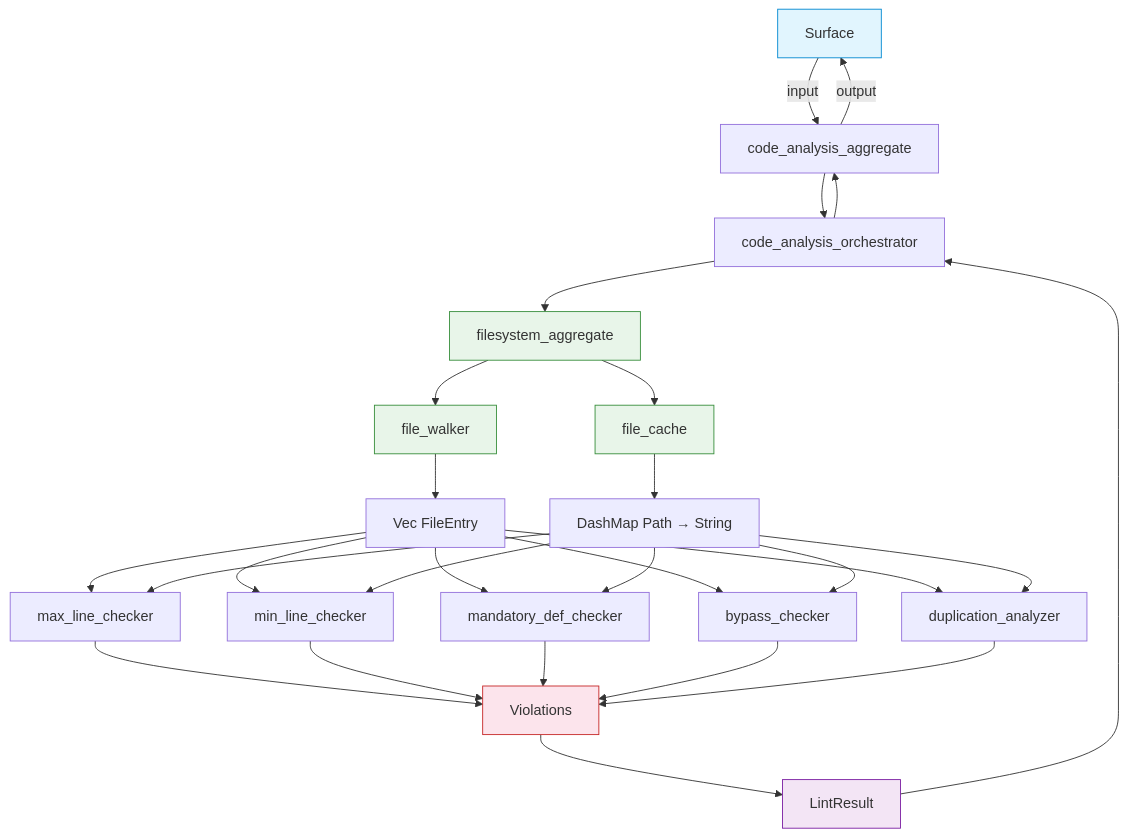
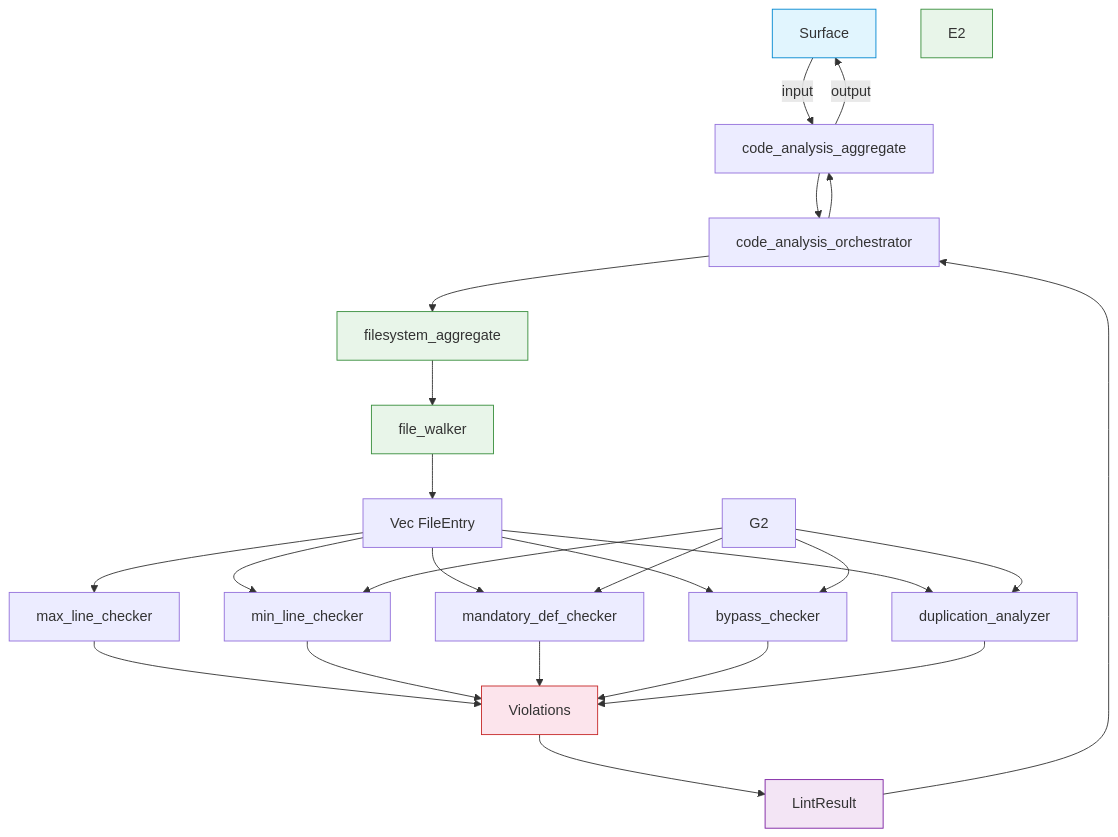
Before and after one commit to rakaarwaky/lint-arwaky: the diagram in crates/code-analysis/FRD.md, drawn with Mermaid. The commit also changed 3 other files, not shown here.

First line of the commit message:
docs: remove file_cache from mermaids — it's a utility, not capability

````diff
--- a/crates/code-analysis/FRD.md
+++ b/crates/code-analysis/FRD.md
@@ -9,36 +9,33 @@
 ```mermaid
 flowchart TD
     A["Surface"] -->|input| B["code_analysis_aggregate"]
     B --> C["code_analysis_orchestrator"]
     C --> D["filesystem_aggregate"]
     D --> E1["file_walker"]
-    D --> E2["file_cache"]
     E1 --> G1["Vec FileEntry"]
-    E2 --> G2["DashMap Path → String"]
     G1 --> H1["max_line_checker"]
-    G2 --> H1
     G1 --> H2["min_line_checker"]
     G2 --> H2
     G1 --> H3["mandatory_def_checker"]
     G2 --> H3
     G1 --> H4["bypass_checker"]
     G2 --> H4
     G1 --> H5["duplication_analyzer"]
     G2 --> H5
     H1 --> I["Violations"]
     H2 --> I
     H3 --> I
     H4 --> I
     H5 --> I
     I --> J["LintResult"]
     J --> C
     C --> B
     B -->|output| A
 
     style A fill:#e1f5fe,stroke:#0288d1
     style D fill:#e8f5e9,stroke:#388e3c
     style E1 fill:#e8f5e9,stroke:#388e3c
     style E2 fill:#e8f5e9,stroke:#388e3c
     style I fill:#fce4ec,stroke:#c62828
     style J fill:#f3e5f5,stroke:#7b1fa2
 ```
````
